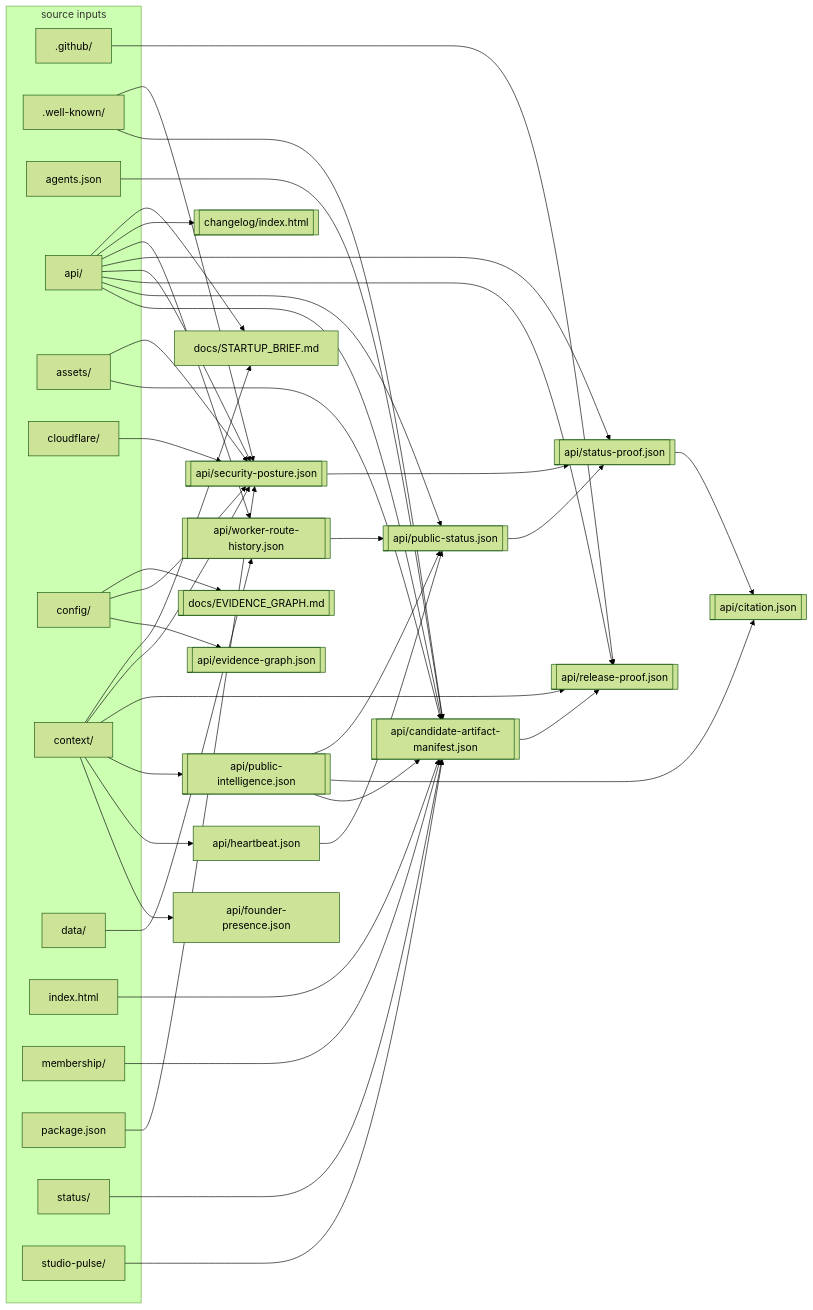
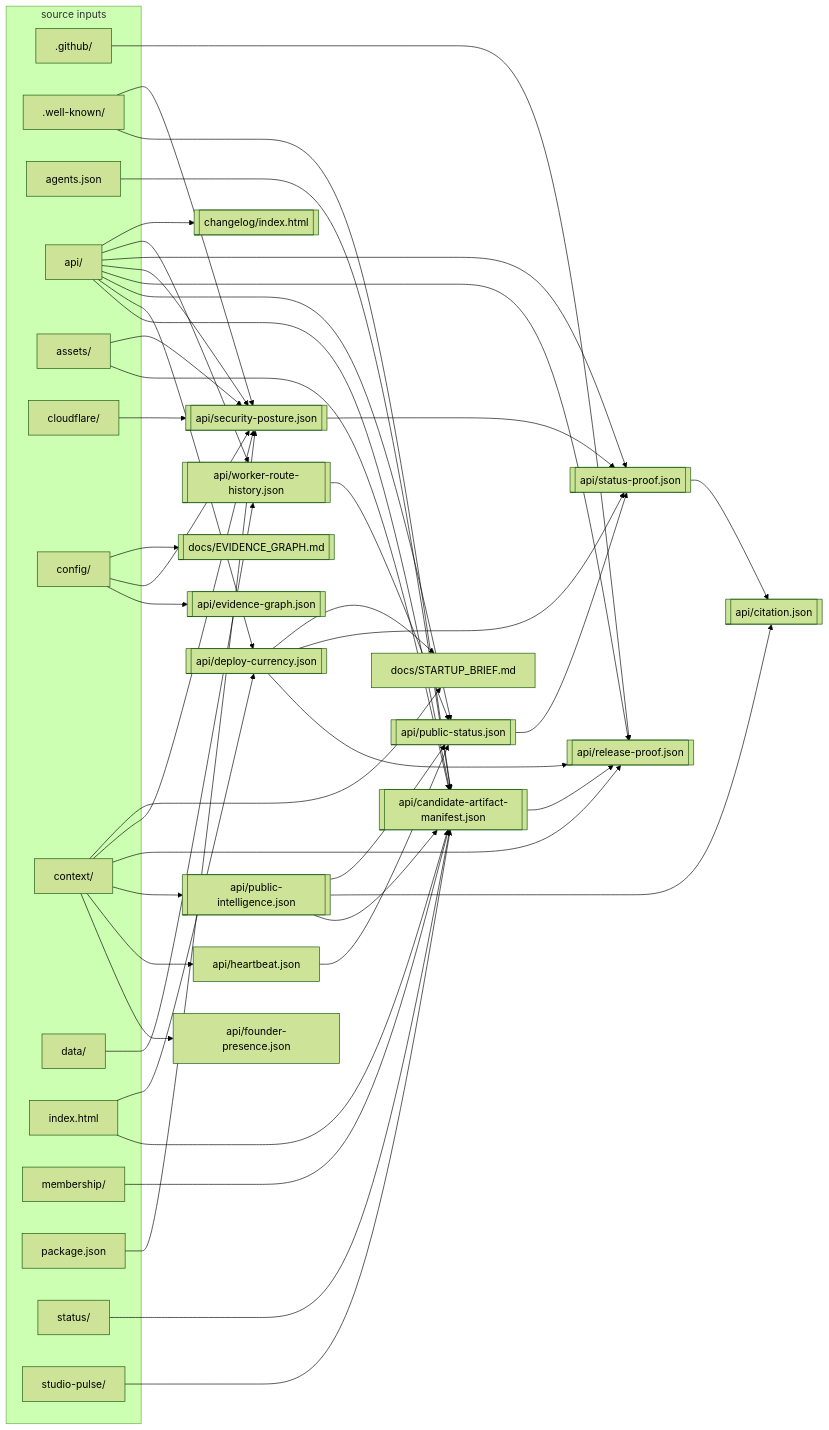
Before and after one commit to VaultSparkStudios/VaultSparkStudios.github.io: the diagram in docs/EVIDENCE_GRAPH.md, drawn with Mermaid (forest theme). The commit also changed other lines of this file and 113 other files, not shown here.

````diff
--- a/docs/EVIDENCE_GRAPH.md
+++ b/docs/EVIDENCE_GRAPH.md
@@ -30,72 +30,77 @@
 ```mermaid
 flowchart LR
   subgraph inputs["source inputs"]
     n__github_[".github/"]
     n__well_known_[".well-known/"]
     n_agents_json["agents.json"]
     n_api_["api/"]
     n_assets_["assets/"]
     n_cloudflare_["cloudflare/"]
     n_config_["config/"]
     n_context_["context/"]
     n_data_["data/"]
     n_index_html["index.html"]
     n_membership_["membership/"]
     n_package_json["package.json"]
     n_status_["status/"]
     n_studio_pulse_["studio-pulse/"]
   end
   n_api_candidate_artifact_manifest_json[["api/candidate-artifact-manifest.json"]]
   n_api_citation_json[["api/citation.json"]]
+  n_api_deploy_currency_json[["api/deploy-currency.json"]]
   n_api_evidence_graph_json[["api/evidence-graph.json"]]
   n_docs_EVIDENCE_GRAPH_md[["docs/EVIDENCE_GRAPH.md"]]
   n_api_founder_presence_json["api/founder-presence.json"]
   n_api_heartbeat_json["api/heartbeat.json"]
   n_api_public_intelligence_json[["api/public-intelligence.json"]]
   n_api_public_status_json[["api/public-status.json"]]
   n_api_release_proof_json[["api/release-proof.json"]]
   n_api_security_posture_json[["api/security-posture.json"]]
   n_docs_STARTUP_BRIEF_md["docs/STARTUP_BRIEF.md"]
   n_api_status_proof_json[["api/status-proof.json"]]
   n_api_worker_route_history_json[["api/worker-route-history.json"]]
   n_changelog_index_html[["changelog/index.html"]]
   n__github_ --> n_api_release_proof_json
   n__well_known_ --> n_api_candidate_artifact_manifest_json
   n__well_known_ --> n_api_security_posture_json
   n_agents_json --> n_api_candidate_artifact_manifest_json
   n_api_ --> n_api_candidate_artifact_manifest_json
+  n_api_ --> n_api_deploy_currency_json
   n_api_ --> n_api_public_status_json
   n_api_ --> n_api_release_proof_json
   n_api_ --> n_api_security_posture_json
   n_api_ --> n_api_status_proof_json
   n_api_ --> n_api_worker_route_history_json
   n_api_ --> n_changelog_index_html
-  n_api_ --> n_docs_STARTUP_BRIEF_md
   n_api_candidate_artifact_manifest_json --> n_api_release_proof_json
+  n_api_deploy_currency_json --> n_api_release_proof_json
+  n_api_deploy_currency_json --> n_api_status_proof_json
+  n_api_deploy_currency_json --> n_docs_STARTUP_BRIEF_md
   n_api_heartbeat_json --> n_api_public_status_json
   n_api_public_intelligence_json --> n_api_candidate_artifact_manifest_json
   n_api_public_intelligence_json --> n_api_citation_json
   n_api_public_intelligence_json --> n_api_public_status_json
   n_api_public_status_json --> n_api_status_proof_json
   n_api_security_posture_json --> n_api_status_proof_json
   n_api_status_proof_json --> n_api_citation_json
   n_api_worker_route_history_json --> n_api_public_status_json
   n_assets_ --> n_api_candidate_artifact_manifest_json
   n_assets_ --> n_api_security_posture_json
   n_cloudflare_ --> n_api_security_posture_json
   n_config_ --> n_api_evidence_graph_json
   n_config_ --> n_api_security_posture_json
   n_config_ --> n_docs_EVIDENCE_GRAPH_md
   n_context_ --> n_api_founder_presence_json
   n_context_ --> n_api_heartbeat_json
   n_context_ --> n_api_public_intelligence_json
   n_context_ --> n_api_release_proof_json
   n_context_ --> n_api_security_posture_json
   n_context_ --> n_docs_STARTUP_BRIEF_md
   n_data_ --> n_api_worker_route_history_json
   n_index_html --> n_api_candidate_artifact_manifest_json
+  n_index_html --> n_api_deploy_currency_json
   n_membership_ --> n_api_candidate_artifact_manifest_json
   n_package_json --> n_api_security_posture_json
   n_status_ --> n_api_candidate_artifact_manifest_json
   n_studio_pulse_ --> n_api_candidate_artifact_manifest_json
 ```
````
